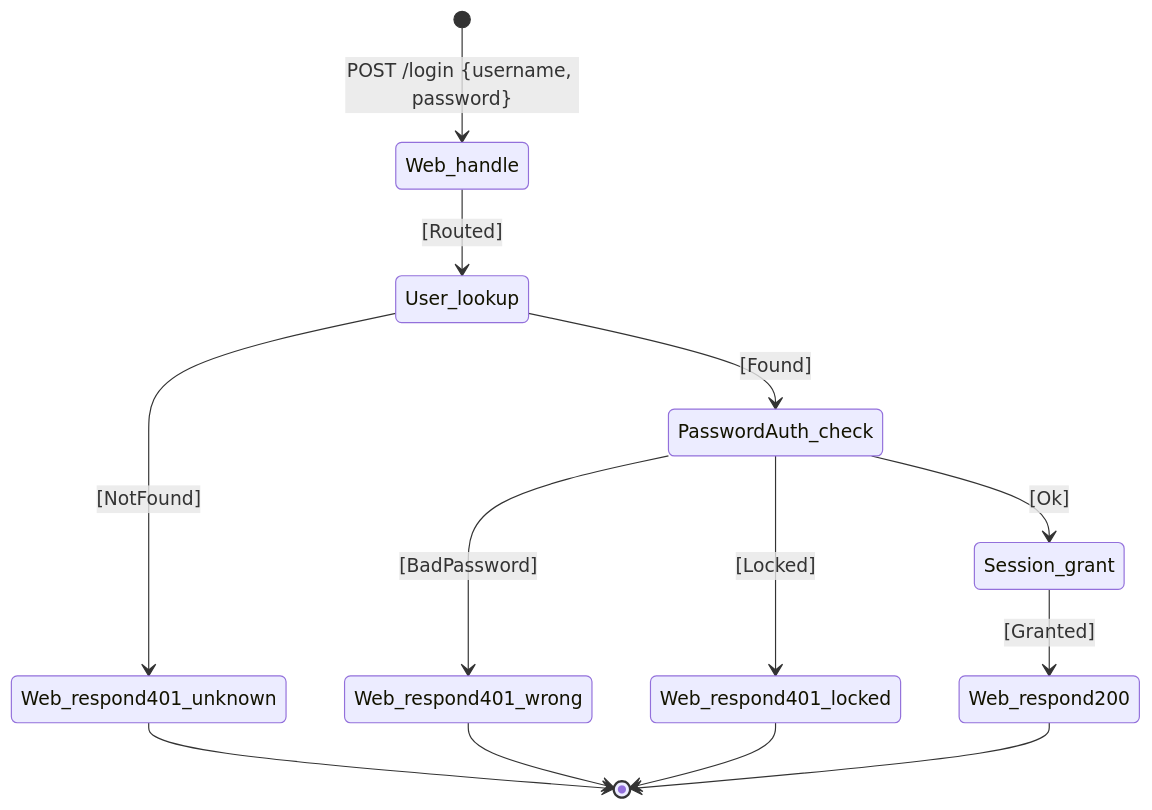
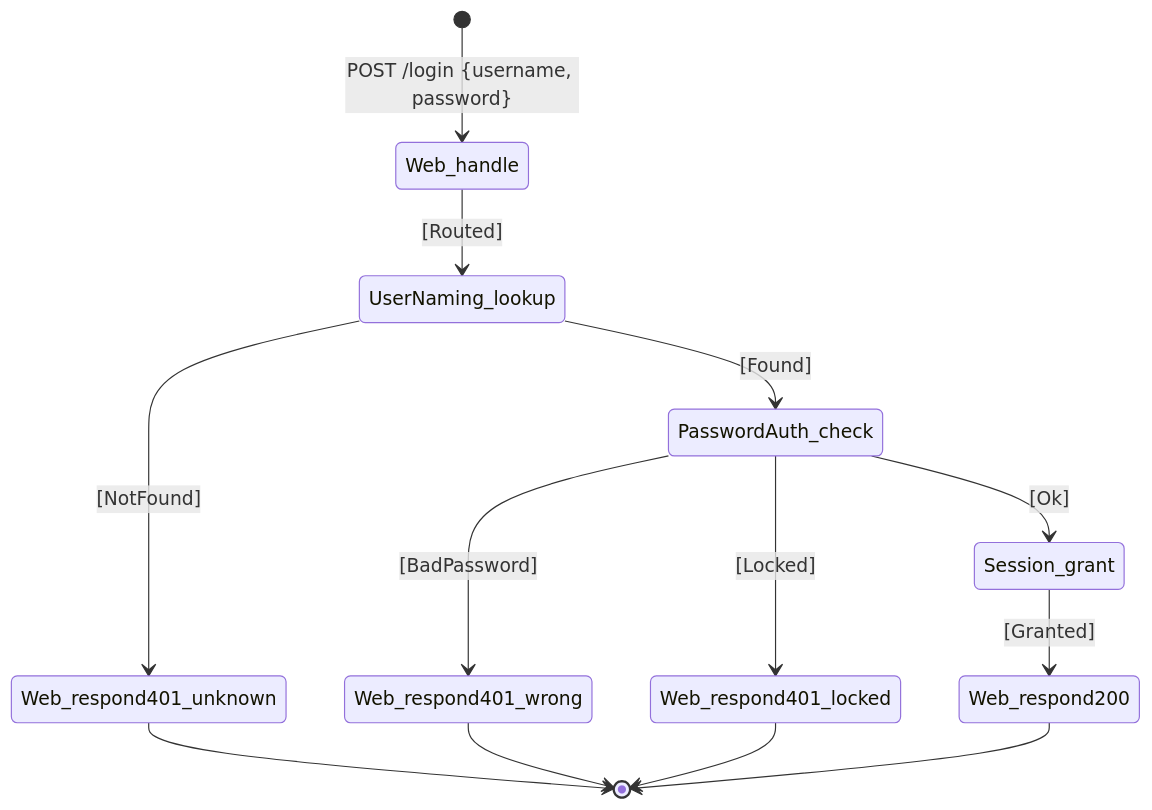
The diagram in features/UC-00-login/stages/01b_chain-table/output/login-all-scenarios-chain.md (abratto/clad), drawn with Mermaid before and after one commit. The commit also changed other lines of this file and 81 other files, not shown here.

First line of the commit message:
refactor: rename User concept to UserNaming; strengthen concept-naming guidance

````diff
--- a/features/UC-00-login/stages/01b_chain-table/output/login-all-scenarios-chain.md
+++ b/features/UC-00-login/stages/01b_chain-table/output/login-all-scenarios-chain.md
@@ -46,15 +46,15 @@
 ```mermaid
 stateDiagram-v2
     [*] --> Web_handle : POST /login {username, password}
-    Web_handle --> User_lookup : [Routed]
-    User_lookup --> Web_respond401_unknown : [NotFound]
-    User_lookup --> PasswordAuth_check : [Found]
+    Web_handle --> UserNaming_lookup : [Routed]
+    UserNaming_lookup --> Web_respond401_unknown : [NotFound]
+    UserNaming_lookup --> PasswordAuth_check : [Found]
     PasswordAuth_check --> Web_respond401_wrong : [BadPassword]
     PasswordAuth_check --> Web_respond401_locked : [Locked]
     PasswordAuth_check --> Session_grant : [Ok]
     Session_grant --> Web_respond200 : [Granted]
     Web_respond401_unknown --> [*]
     Web_respond401_wrong --> [*]
     Web_respond401_locked --> [*]
     Web_respond200 --> [*]
 ```
````
